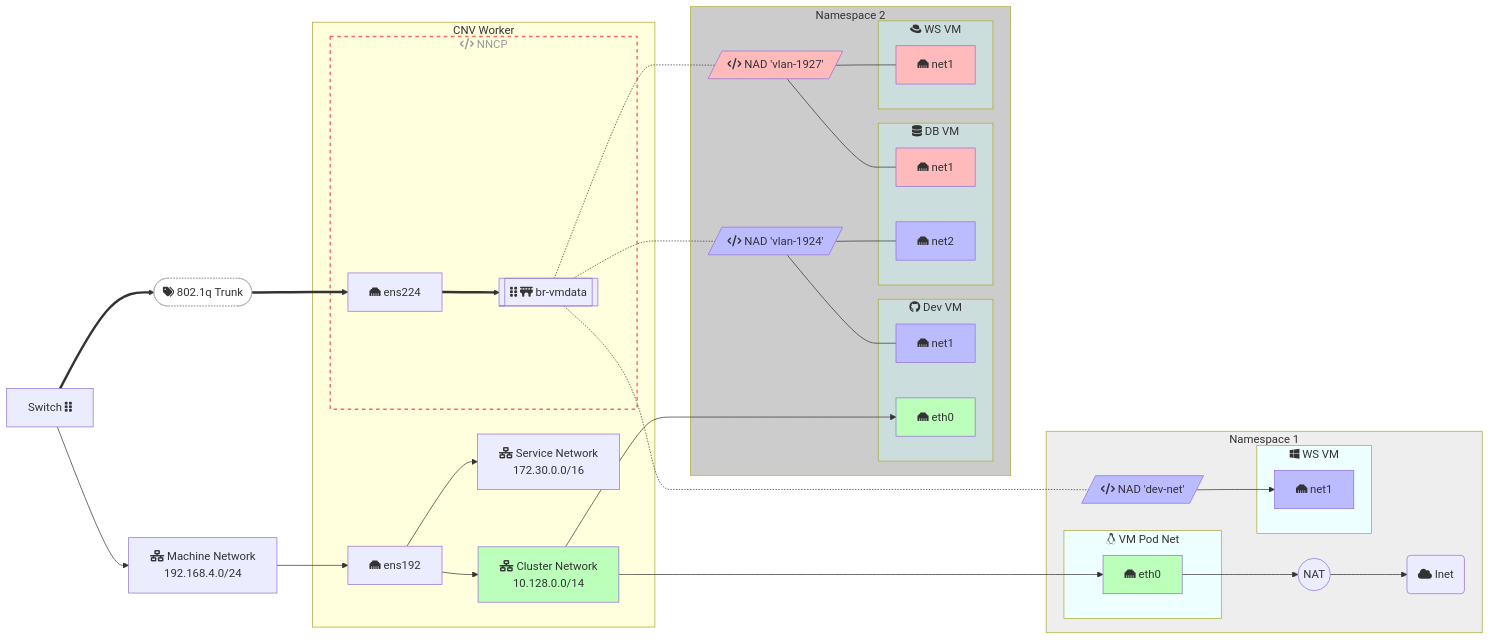
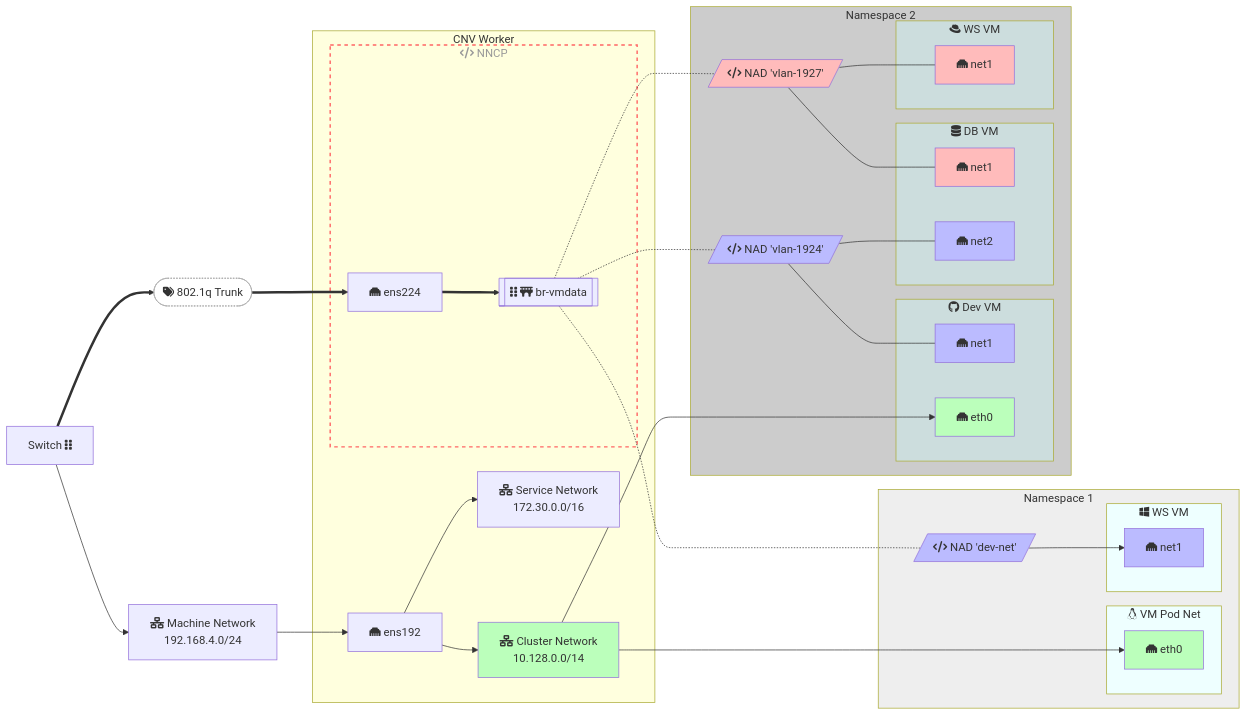
Before and after one commit to dlbewley/demo-virt: the second of 3 diagrams in networking/diagram.md, drawn with Mermaid. The commit also changed other lines of this file, not shown here.

````diff
--- a/networking/diagram.md
+++ b/networking/diagram.md
@@ -101,78 +99,77 @@
 ```mermaid
 graph LR;
 
   switch["Switch fa:fa-grip-vertical"]
   machinenet["fa:fa-network-wired Machine Network<br> 192.168.4.0/24"]
   switch --> machinenet --> ens192
   switch ==> T(["fa:fa-tags 802.1q Trunk"]) ==> ens224[ens224]
 
   subgraph node["CNV Worker"]
     ens192["fa:fa-ethernet ens192"]
     servicenet["fa:fa-network-wired Service Network<br> 172.30.0.0/16"]
     clusternet["fa:fa-network-wired Cluster Network<br> 10.128.0.0/14"]
 
     ens192 --> servicenet
     ens192 --> clusternet
 
     subgraph nncp["fa:fa-code NNCP"]
       ens224["fa:fa-ethernet ens224"]
       ens224 ==> br-vmdata[["fa:fa-grip-vertical fa:fa-bridge br-vmdata"]]
     end
   end
 
   subgraph ns1["Namespace 1"]
     subgraph ns1-vm1[fab:fa-linux VM Pod Net]
         nginx-nic["fa:fa-ethernet eth0"]
     end
     clusternet ----> nginx-nic
-    nginx-nic --> nat((NAT)) --> inet("fa:fa-cloud Inet")
 
     subgraph ns1-vm2[fab:fa-windows WS VM]
         ns1-vm2-nic1["fa:fa-ethernet net1"]
     end
     br-vmdata -.- ns1-nad-1924[/"fa:fa-code NAD 'dev-net'"/] --> ns1-vm2-nic1
   end
 
   subgraph ns2["Namespace 2"]
     subgraph ns2-vm1[fab:fa-github Dev VM]
         ns2-vm1-nic1["fa:fa-ethernet net1"]
         ns2-vm1-nic2["fa:fa-ethernet eth0"]
     end
 
     clusternet --> ns2-vm1-nic2
 
     subgraph ns2-vm2["fa:fa-database DB VM"]
         ns2-vm2-nic1["fa:fa-ethernet net1"]
         ns2-vm2-nic2["fa:fa-ethernet net2"]
     end
 
     subgraph ns2-vm3["fab:fa-redhat WS VM"]
         ns2-vm3-nic1["fa:fa-ethernet net1"]
     end
 
     br-vmdata -.- ns2-nad-1924[/"fa:fa-code NAD 'vlan-1924'"/] --- ns2-vm1-nic1
                 ns2-nad-1924                                   --- ns2-vm2-nic2
     br-vmdata -.- ns2-nad-1927[/"fa:fa-code NAD 'vlan-1927'"/] --- ns2-vm2-nic1
                 ns2-nad-1927                                   --- ns2-vm3-nic1
   end
 
   classDef clusterNet fill:#bfb
   class clusternet,nginx-nic,ns2-vm1-nic2 clusterNet
 
   classDef vlan-1924 fill:#bbf
   class ens224.1924,br-1924,ns1-nad-1924,ns2-nad-1924,ns1-vm2-nic1,ns1-ws2-1924,ns2-vm1-nic1,ns2-vm2-nic2 vlan-1924
 
   classDef vlan-1927 fill:#fbb
   class ens224.1927,br-1927,ns1-nad-1927,ns2-nad-1927,ns2-vm2-nic1,ns2-vm3-nic1 vlan-1927
 
   style nncp stroke:#f66,stroke-width:2px,color:#999,stroke-dasharray: 5 5
   style T fill:white,stroke:darkgrey,stroke-width:1px,color:#333,stroke-dasharray: 2 2
 
   classDef ns1-vm fill:#eff
   class ns1-vm1,ns1-vm2 ns1-vm
   style ns1 fill:#eee
 
   classDef ns2-vm fill:#cdd
   class ns2-vm1,ns2-vm2,ns2-vm3 ns2-vm
   style ns2 fill:#ccc
 ```
````
